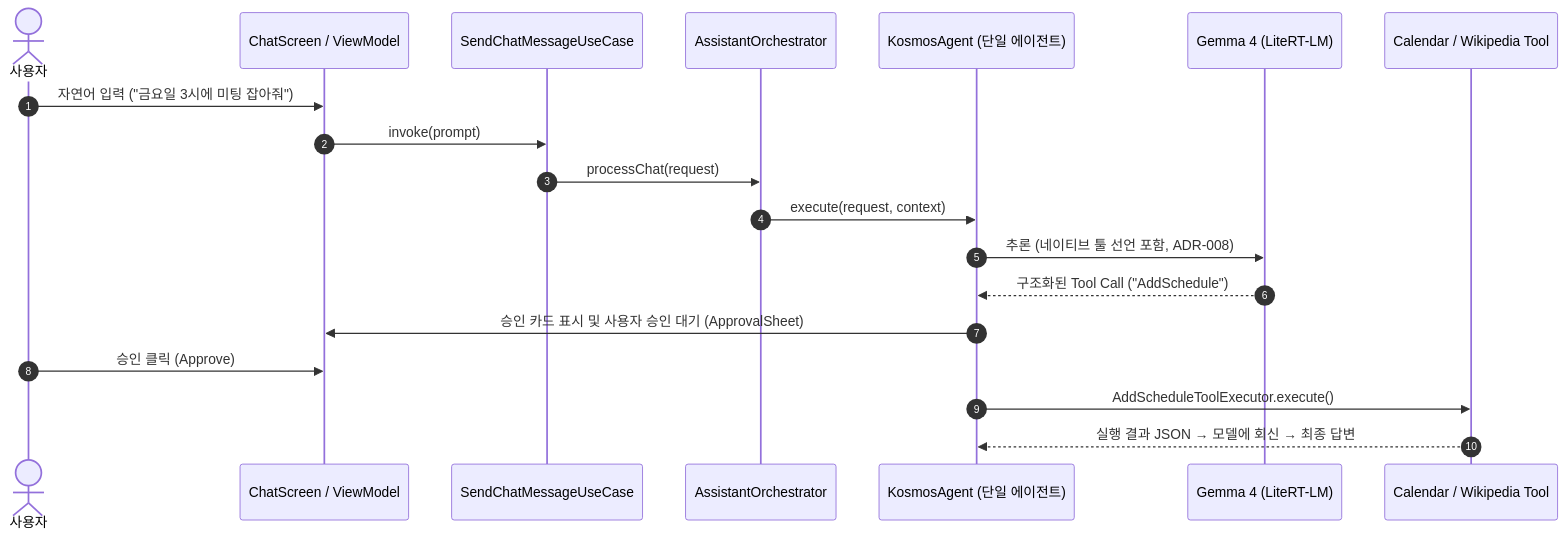
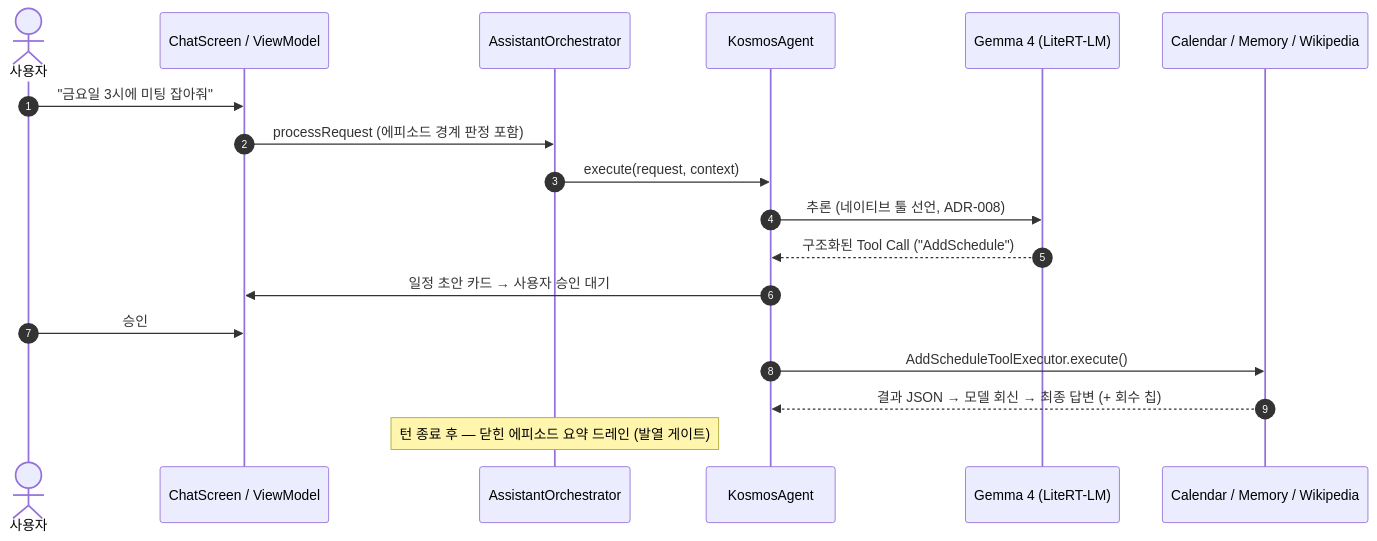
The second of 2 diagrams in README.md (kang987654/lets_meet_on_friday), drawn with Mermaid before and after one commit. The commit also changed other lines of this file and 2 other files, not shown here.

Commit message:
docs: 공개 준비 — README 재작성(에피소드 기억·실측 설계 소개, 깨진 로컬 링크 제거)과 MIT LICENSE 파일 추가

````diff
--- a/README.md
+++ b/README.md
@@ -56,22 +95,21 @@
 ```mermaid
 sequenceDiagram
     autonumber
     actor User as 사용자
     participant UI as ChatScreen / ViewModel
-    participant UseCase as SendChatMessageUseCase
     participant Orchestrator as AssistantOrchestrator
-    participant Agent as KosmosAgent (단일 에이전트)
+    participant Agent as KosmosAgent
     participant Model as Gemma 4 (LiteRT-LM)
-    participant Tool as Calendar / Wikipedia Tool
+    participant Tool as Calendar / Memory / Wikipedia
 
-    User->>UI: 자연어 입력 ("금요일 3시에 미팅 잡아줘")
-    UI->>UseCase: invoke(prompt)
-    UseCase->>Orchestrator: processChat(request)
+    User->>UI: "금요일 3시에 미팅 잡아줘"
+    UI->>Orchestrator: processRequest (에피소드 경계 판정 포함)
     Orchestrator->>Agent: execute(request, context)
-    Agent->>Model: 추론 (네이티브 툴 선언 포함, ADR-008)
+    Agent->>Model: 추론 (네이티브 툴 선언, ADR-008)
     Model-->>Agent: 구조화된 Tool Call ("AddSchedule")
-    Agent->>UI: 승인 카드 표시 및 사용자 승인 대기 (ApprovalSheet)
-    User->>UI: 승인 클릭 (Approve)
+    Agent->>UI: 일정 초안 카드 → 사용자 승인 대기
+    User->>UI: 승인
     Agent->>Tool: AddScheduleToolExecutor.execute()
-    Tool-->>Agent: 실행 결과 JSON → 모델에 회신 → 최종 답변
+    Tool-->>Agent: 결과 JSON → 모델 회신 → 최종 답변 (+ 회수 칩)
+    Note over Orchestrator: 턴 종료 후 — 닫힌 에피소드 요약 드레인 (발열 게이트)
 ```
````
